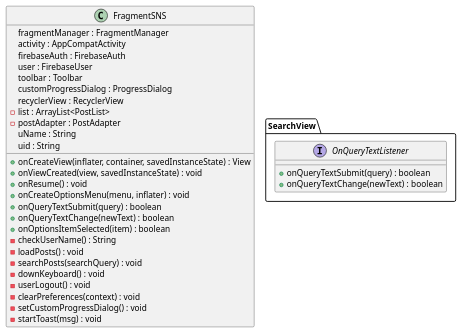
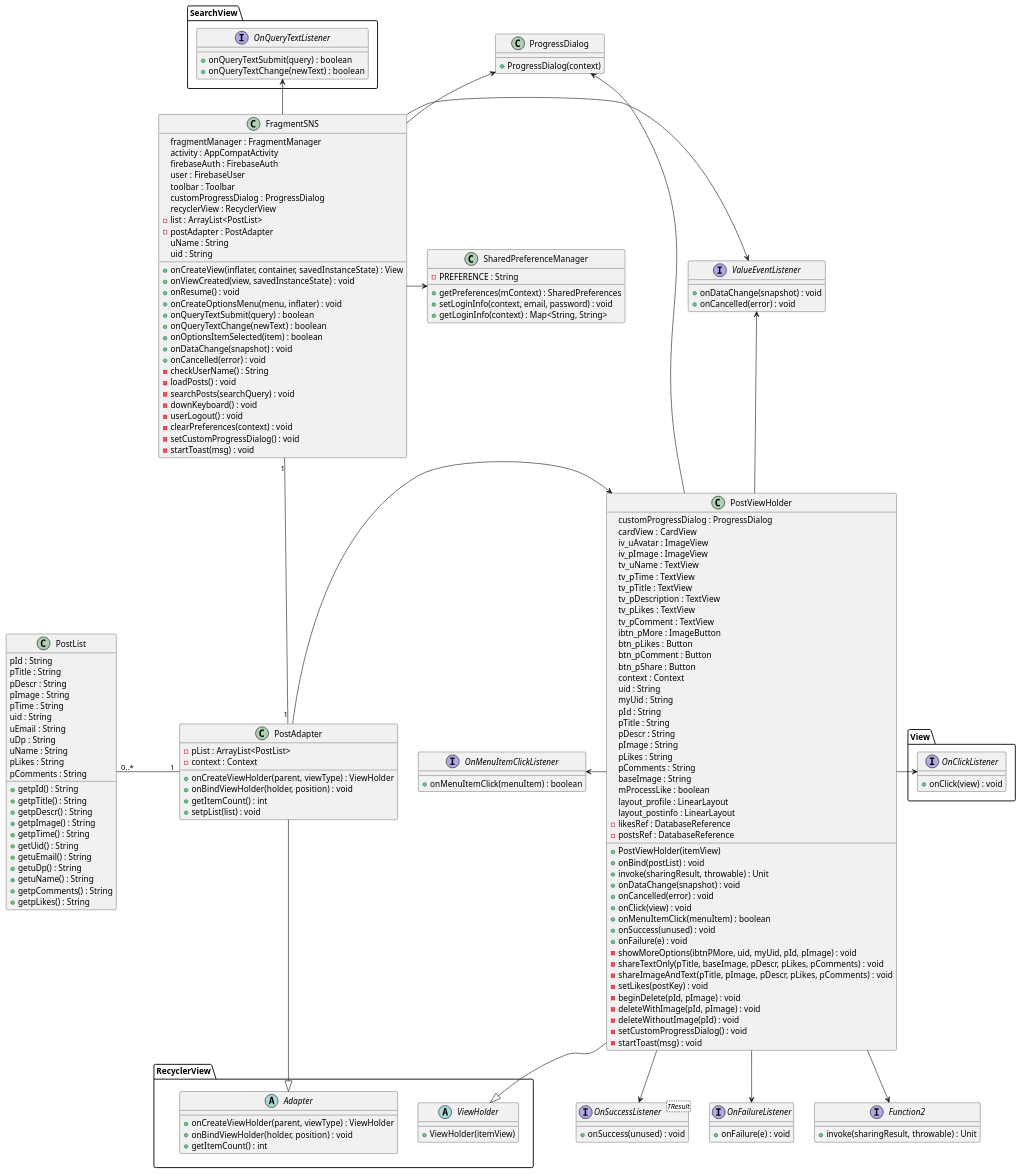
Before and after one commit to CherryIntoSpace/SubwayApp: the diagram in app/src/main/java/com/daejin/subwayapp/diagram/FragmentSNSClass.puml, drawn with PlantUML. The commit also changed 8 other files, not shown here.

Commit message:
2023-11-03 diagram

```diff
--- a/app/src/main/java/com/daejin/subwayapp/diagram/FragmentSNSClass.puml
+++ b/app/src/main/java/com/daejin/subwayapp/diagram/FragmentSNSClass.puml
@@ -1,35 +1,183 @@
 @startuml
+PostAdapter -down-|> RecyclerView.Adapter
+PostViewHolder -down-|> RecyclerView.ViewHolder
+PostAdapter "1"-left-"0..*" PostList
+PostAdapter -> PostViewHolder
+PostViewHolder -up-> ProgressDialog
+PostViewHolder --> Function2
+PostViewHolder -l-> OnMenuItemClickListener
+PostViewHolder --> OnSuccessListener
+PostViewHolder --> OnFailureListener
+PostViewHolder -up-> ValueEventListener
+PostViewHolder -left-> View.OnClickListener
+
+FragmentSNS "1"--"1" PostAdapter
+FragmentSNS -up-> ProgressDialog
+FragmentSNS -[hidden]- RecyclerView
+FragmentSNS -right-> ValueEventListener
+FragmentSNS -> SharedPreferenceManager
+FragmentSNS -up-> SearchView.OnQueryTextListener
 class FragmentSNS {
     fragmentManager : FragmentManager
     activity : AppCompatActivity
     firebaseAuth : FirebaseAuth
     user : FirebaseUser
     toolbar : Toolbar
     customProgressDialog : ProgressDialog
     recyclerView : RecyclerView
     -list : ArrayList<PostList>
     -postAdapter : PostAdapter
     uName : String
     uid : String
 
     +onCreateView(inflater, container, savedInstanceState) : View
     +onViewCreated(view, savedInstanceState) : void
     +onResume() : void
     +onCreateOptionsMenu(menu, inflater) : void
     +onQueryTextSubmit(query) : boolean
-+onQueryTextChange(newText) : boolean
+    +onQueryTextChange(newText) : boolean
     +onOptionsItemSelected(item) : boolean
+    +onDataChange(snapshot) : void
+    +onCancelled(error) : void
     -checkUserName() : String
     -loadPosts() : void
     -searchPosts(searchQuery) : void
     -downKeyboard() : void
     -userLogout() : void
     -clearPreferences(context) : void
     -setCustomProgressDialog() : void
     -startToast(msg) : void
 }
 interface SearchView.OnQueryTextListener {
     +onQueryTextSubmit(query) : boolean
     +onQueryTextChange(newText) : boolean
 }
+interface ValueEventListener {
+    +onDataChange(snapshot) : void
+    +onCancelled(error) : void
+}
+class SharedPreferenceManager {
+    -PREFERENCE : String
+    +getPreferences(mContext) : SharedPreferences
+    +setLoginInfo(context, email, password) : void
+    +getLoginInfo(context) : Map<String, String>
+}
+class ProgressDialog {
+    +ProgressDialog(context)
+}
+namespace RecyclerView {
+    abstract class Adapter{
+        +onCreateViewHolder(parent, viewType) : ViewHolder
+        +onBindViewHolder(holder, position) : void
+        +getItemCount() : int
+    }
+    abstract class ViewHolder{
+        +ViewHolder(itemView)
+    }
+}
+class PostAdapter {
+    -pList : ArrayList<PostList>
+    -context : Context
+
+    +onCreateViewHolder(parent, viewType) : ViewHolder
+    +onBindViewHolder(holder, position) : void
+    +getItemCount() : int
+    +setpList(list) : void
+}
+class PostViewHolder {
+    customProgressDialog : ProgressDialog
+    cardView : CardView
+    iv_uAvatar : ImageView
+    iv_pImage : ImageView
+    tv_uName : TextView
+    tv_pTime : TextView
+    tv_pTitle : TextView
+    tv_pDescription : TextView
+    tv_pLikes : TextView
+    tv_pComment : TextView
+    ibtn_pMore : ImageButton
+    btn_pLikes : Button
+    btn_pComment : Button
+    btn_pShare : Button
+    context : Context
+    uid : String
+    myUid : String
+    pId : String
+    pTitle : String
+    pDescr : String
+    pImage : String
+    pLikes : String
+    pComments : String
+    baseImage : String
+    mProcessLike : boolean
+    layout_profile : LinearLayout
+    layout_postinfo : LinearLayout
+    -likesRef : DatabaseReference
+    -postsRef : DatabaseReference
+
+    +PostViewHolder(itemView)
+    +onBind(postList) : void
+    +invoke(sharingResult, throwable) : Unit
+    +onDataChange(snapshot) : void
+    +onCancelled(error) : void
+    +onClick(view) : void
+    +onMenuItemClick(menuItem) : boolean
+    +onSuccess(unused) : void
+    +onFailure(e) : void
+    -showMoreOptions(ibtnPMore, uid, myUid, pId, pImage) : void
+    -shareTextOnly(pTitle, baseImage, pDescr, pLikes, pComments) : void
+    -shareImageAndText(pTitle, pImage, pDescr, pLikes, pComments) : void
+    -setLikes(postKey) : void
+    -beginDelete(pId, pImage) : void
+    -deleteWithImage(pId, pImage) : void
+    -deleteWithoutImage(pId) : void
+    -setCustomProgressDialog() : void
+    -startToast(msg) : void
+}
+
+class PostList {
+    pId : String
+    pTitle : String
+    pDescr : String
+    pImage : String
+    pTime : String
+    uid : String
+    uEmail : String
+    uDp : String
+    uName : String
+    pLikes : String
+    pComments : String
+
+    +getpId() : String
+    +getpTitle() : String
+    +getpDescr() : String
+    +getpImage() : String
+    +getpTime() : String
+    +getUid() : String
+    +getuEmail() : String
+    +getuDp() : String
+    +getuName() : String
+    +getpComments() : String
+    +getpLikes() : String
+}
+
+interface Function2 {
+    +invoke(sharingResult, throwable) : Unit
+}
+
+interface OnMenuItemClickListener {
+    +onMenuItemClick(menuItem) : boolean
+}
+
+interface OnSuccessListener<TResult> {
+    +onSuccess(unused) : void
+}
+
+interface OnFailureListener {
+    +onFailure(e) : void
+}
+
+interface View.OnClickListener {
+    +onClick(view) : void
+}
 @enduml
```
